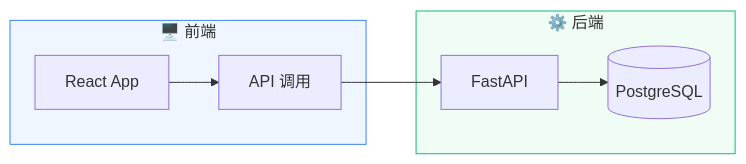
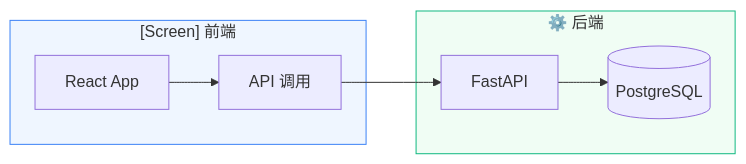
Before and after one commit to stsgs1980/Agent-Qube: the second of 15 diagrams in skills/charts/references/mermaid.md, drawn with Mermaid. The commit also changed other lines of this file and 166 other files, not shown here.

````diff
--- a/skills/charts/references/mermaid.md
+++ b/skills/charts/references/mermaid.md
@@ -277,13 +277,13 @@
 ```mermaid
 flowchart LR
-    subgraph 前端["🖥️ 前端"]
+    subgraph 前端["[Screen] 前端"]
         A[React App] --> B[API 调用]
     end
     subgraph 后端["⚙️ 后端"]
         C[FastAPI] --> D[(PostgreSQL)]
     end
     B --> C
 
     style 前端 fill:#EFF6FF,stroke:#3B82F6,stroke-width:1px
     style 后端 fill:#F0FDF4,stroke:#10B981,stroke-width:1px
 ```
````
